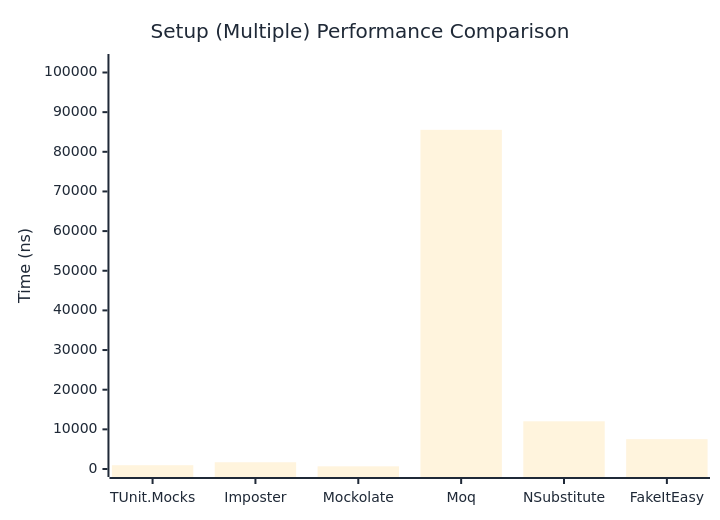
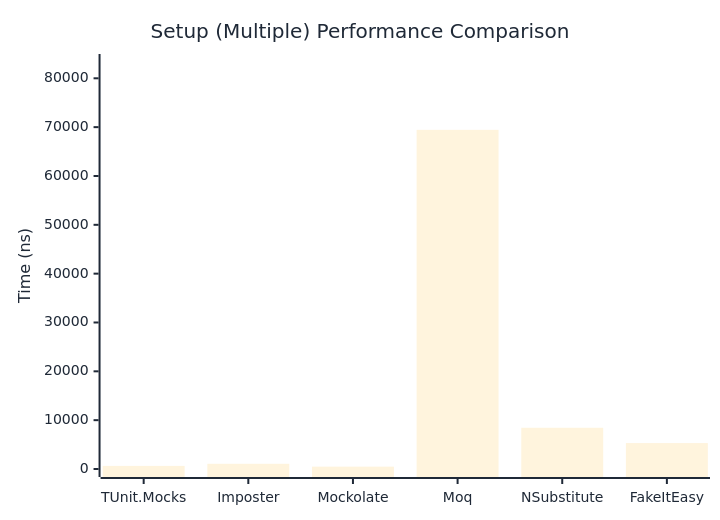
One commit to thomhurst/TUnit changed the second of 2 diagrams in docs/docs/benchmarks/mocks/Setup.md. Above: the diagram before and after it, drawn with Mermaid. The commit also changed other lines of this file and 14 other files, not shown here.

````diff
--- a/docs/docs/benchmarks/mocks/Setup.md
+++ b/docs/docs/benchmarks/mocks/Setup.md
@@ -71,27 +71,27 @@
 ```mermaid
 %%{init: {
   'theme':'base',
   'themeVariables': {
     'primaryColor': '#2563eb',
     'primaryTextColor': '#1f2937',
     'primaryBorderColor': '#1e40af',
     'lineColor': '#6b7280',
     'secondaryColor': '#7c3aed',
     'tertiaryColor': '#dc2626',
     'background': '#ffffff',
     'pie1': '#2563eb',
     'pie2': '#7c3aed',
     'pie3': '#dc2626',
     'pie4': '#f59e0b',
     'pie5': '#10b981',
     'pie6': '#06b6d4',
     'pie7': '#ec4899',
     'pie8': '#6366f1'
   }
 }}%%
 xychart-beta
   title "Setup (Multiple) Performance Comparison"
   x-axis ["TUnit.Mocks", "Imposter", "Mockolate", "Moq", "NSubstitute", "FakeItEasy"]
-  y-axis "Time (ns)" 0 --> 102648
-  bar [954.4, 1705, 675.3, 85539.5, 12031.9, 7525]
+  y-axis "Time (ns)" 0 --> 83338
+  bar [636.6, 1064.3, 480.1, 69447.9, 8445.2, 5308.6]
 ```
````
